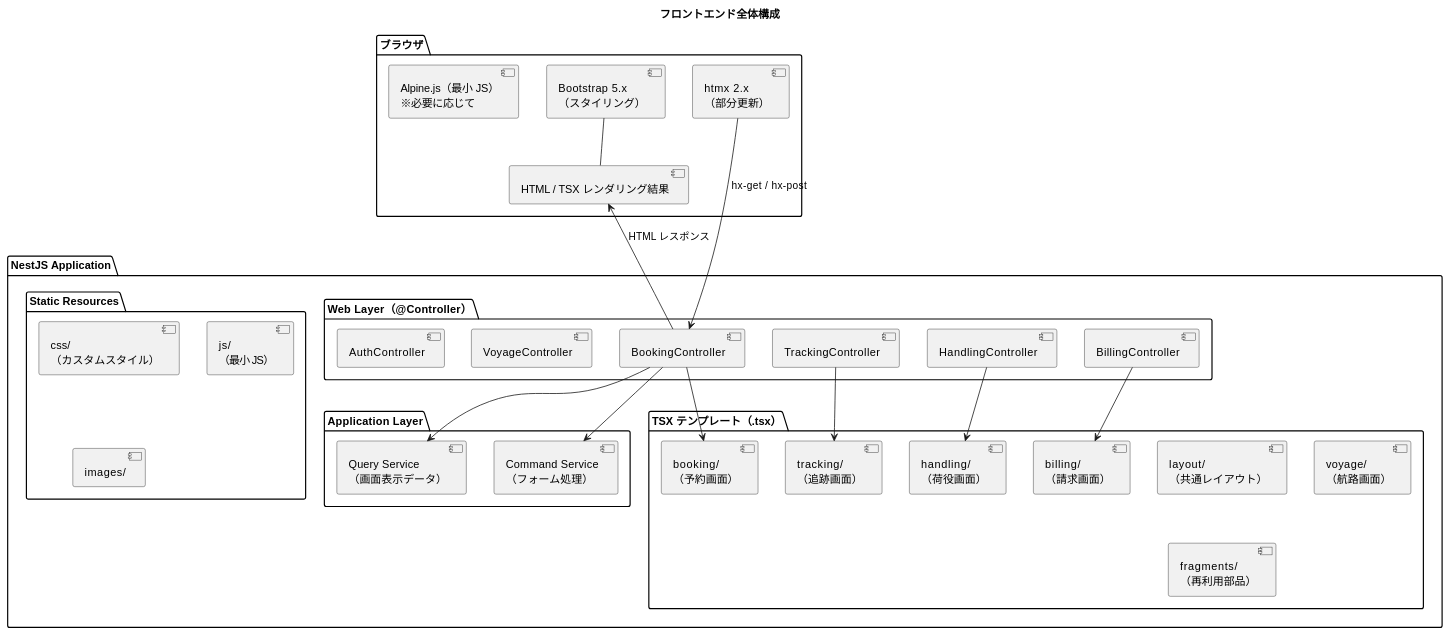
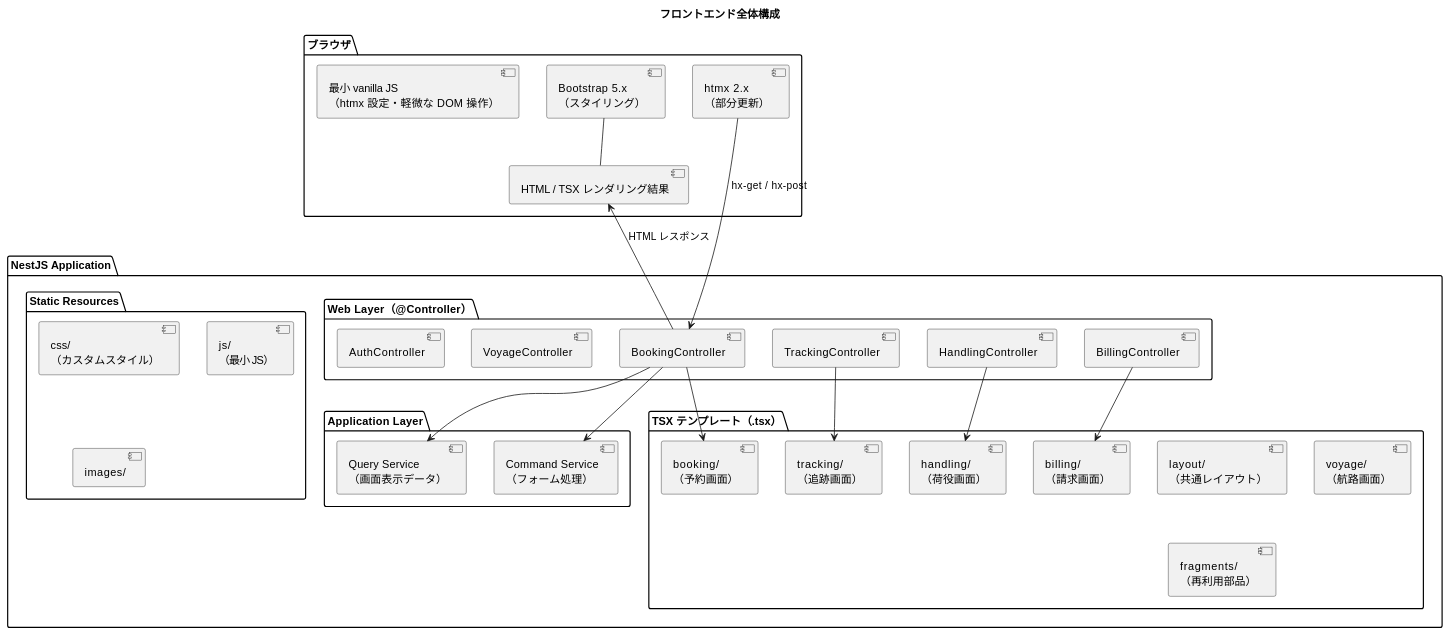
The first of 4 diagrams in docs/design/architecture_frontend.md (k2works/case-study-cargo-tracker), drawn with PlantUML before and after one commit. The commit also changed other lines of this file and 8 other files, not shown here.

````diff
--- a/docs/design/architecture_frontend.md
+++ b/docs/design/architecture_frontend.md
@@ -45,57 +47,57 @@
 ```plantuml
 @startuml
 title フロントエンド全体構成
 
 package "ブラウザ" as browser {
   [HTML / TSX レンダリング結果]
   [Bootstrap 5.x\n（スタイリング）]
   [htmx 2.x\n（部分更新）]
-  [Alpine.js（最小 JS）\n※必要に応じて]
+  [最小 vanilla JS\n（htmx 設定・軽微な DOM 操作）]
 }
 
 package "NestJS Application" as app {
 
   package "Web Layer（@Controller）" as web {
     [BookingController]
     [TrackingController]
     [HandlingController]
     [BillingController]
     [VoyageController]
     [AuthController]
   }
 
   package "TSX テンプレート（.tsx）" as templates {
     [layout/\n（共通レイアウト）]
     [booking/\n（予約画面）]
     [tracking/\n（追跡画面）]
     [handling/\n（荷役画面）]
     [billing/\n（請求画面）]
     [voyage/\n（航路画面）]
     [fragments/\n（再利用部品）]
   }
 
   package "Static Resources" as static_res {
     [css/\n（カスタムスタイル）]
     [js/\n（最小 JS）]
     [images/]
   }
 
   package "Application Layer" as application {
     [Query Service\n（画面表示データ）]
     [Command Service\n（フォーム処理）]
   }
 }
 
 [HTML / TSX レンダリング結果] <-- [BookingController] : HTML レスポンス
 [htmx 2.x\n（部分更新）] --> [BookingController] : hx-get / hx-post
 [Bootstrap 5.x\n（スタイリング）] -- [HTML / TSX レンダリング結果]
 
 [BookingController] --> [Query Service\n（画面表示データ）]
 [BookingController] --> [Command Service\n（フォーム処理）]
 [BookingController] --> [booking/\n（予約画面）]
 [TrackingController] --> [tracking/\n（追跡画面）]
 [HandlingController] --> [handling/\n（荷役画面）]
 [BillingController] --> [billing/\n（請求画面）]
 
 @enduml
 ```
````
